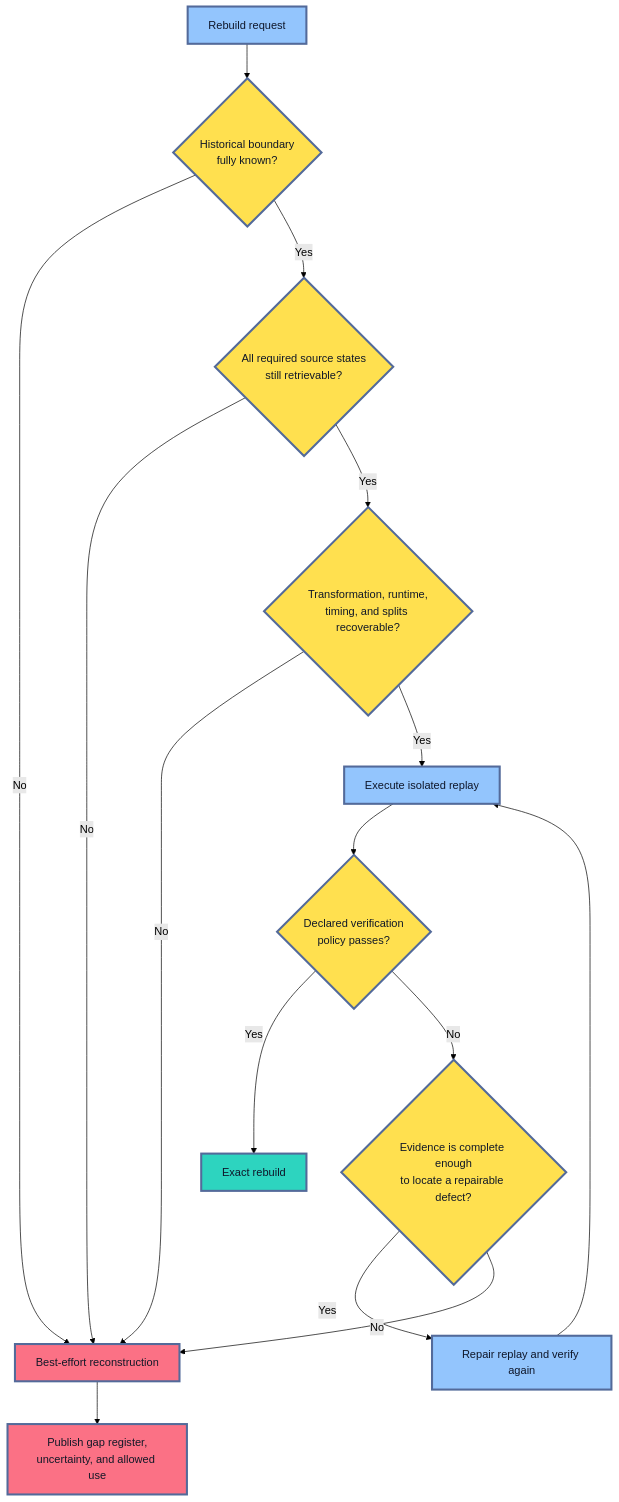
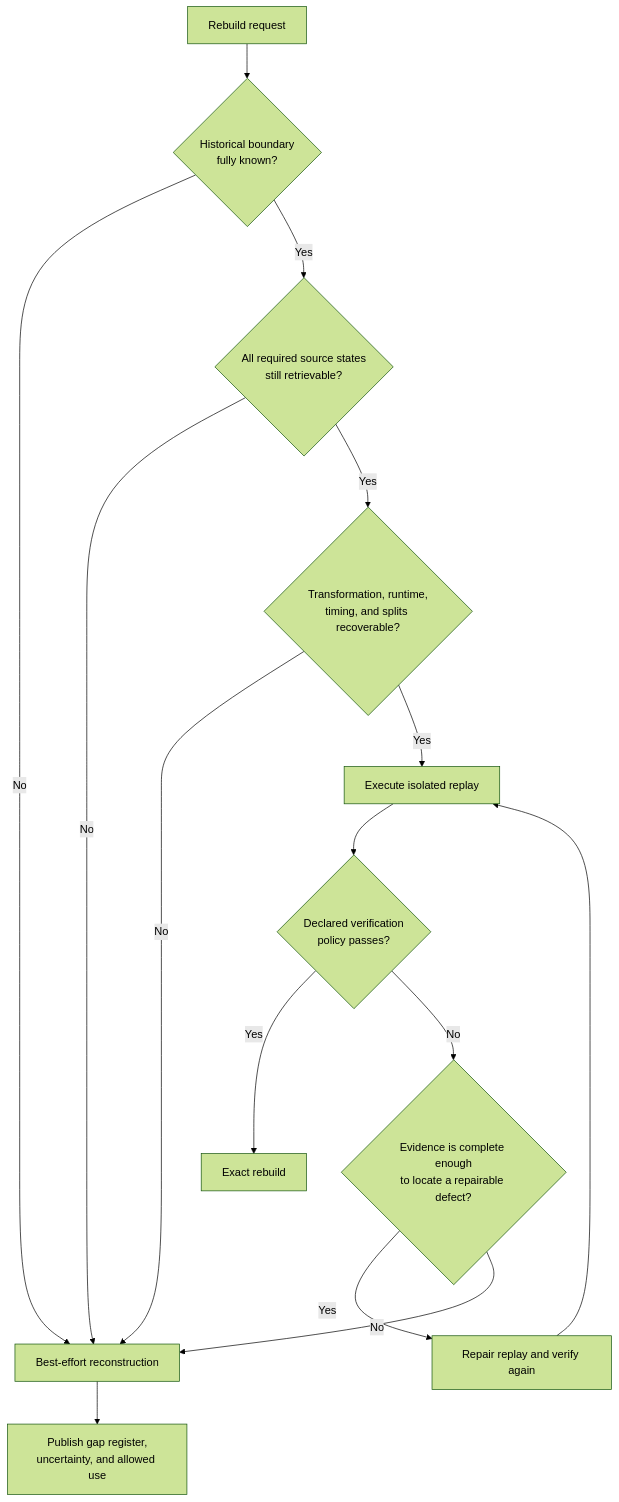
One commit to senlinyy/dev-roadmaps changed the sixth of 6 diagrams in roadmaps/mlops/modules/data-for-ml-systems/data-pipelines/03-rebuilding-past-datasets.md. Above: the diagram before and after it, drawn with Mermaid (forest theme). The commit also changed other lines of this file and 152 other files, not shown here.

Commit message:
feat: mlops and diagrams updated

````diff
--- a/roadmaps/mlops/modules/data-for-ml-systems/data-pipelines/03-rebuilding-past-datasets.md
+++ b/roadmaps/mlops/modules/data-for-ml-systems/data-pipelines/03-rebuilding-past-datasets.md
@@ -487,26 +468,22 @@
 ```mermaid
 flowchart TD
     A["Rebuild request"] --> B{"Historical boundary<br/>fully known?"}
     B -- "No" --> H["Best-effort reconstruction"]
     B -- "Yes" --> C{"All required source states<br/>still retrievable?"}
     C -- "No" --> H
     C -- "Yes" --> D{"Transformation, runtime,<br/>timing, and splits recoverable?"}
     D -- "No" --> H
     D -- "Yes" --> E["Execute isolated replay"]
     E --> F{"Declared verification<br/>policy passes?"}
     F -- "Yes" --> G["Exact rebuild"]
     F -- "No" --> I{"Evidence is complete enough<br/>to locate a repairable defect?"}
     I -- "Yes" --> J["Repair replay and verify again"]
     J --> E
     I -- "No" --> H
     H --> K["Publish gap register,<br/>uncertainty, and allowed use"]
 
-    classDef gate fill:#FFE04F,stroke:#536A9A,stroke-width:3px,color:#111827
-    classDef process fill:#93C5FD,stroke:#536A9A,stroke-width:3px,color:#0F172A
-    classDef exact fill:#2DD4BF,stroke:#536A9A,stroke-width:3px,color:#0F172A
-    classDef partial fill:#FB7185,stroke:#536A9A,stroke-width:3px,color:#111827
     class A,E,J process
     class B,C,D,F,I gate
     class G exact
     class H,K partial
 ```
````
